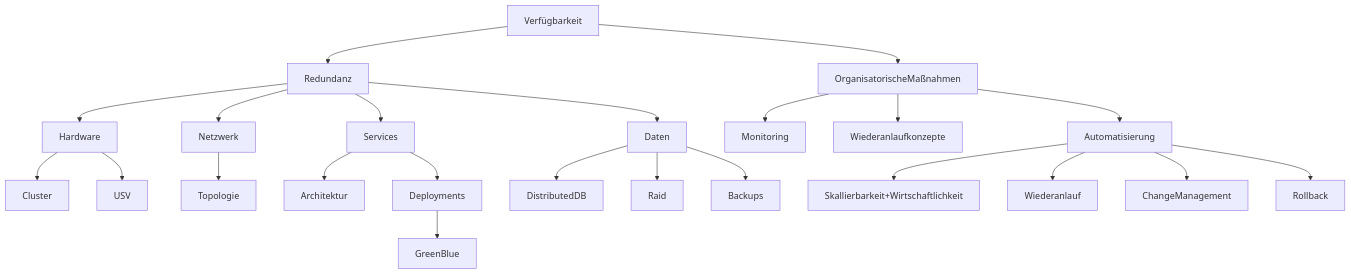
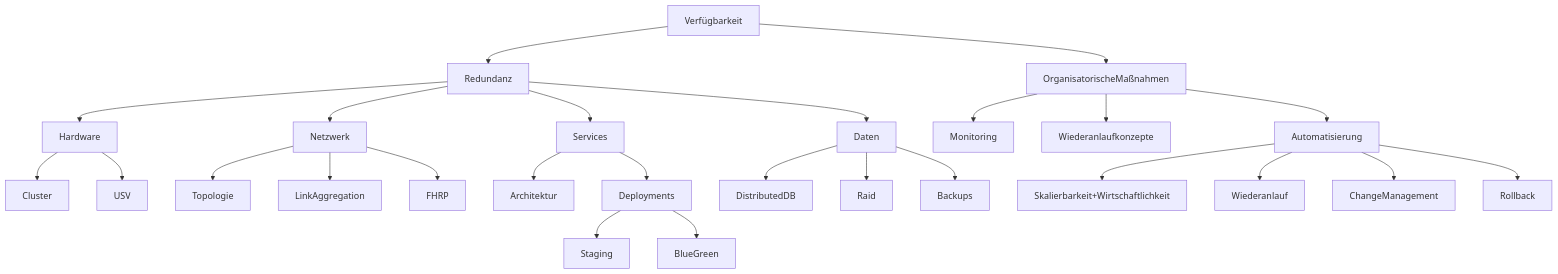
The first of 2 diagrams in src/verfuegbarkeit.md (johannesloetzsch/LF10b), drawn with Mermaid before and after one commit. The commit also changed other lines of this file and 9 other files, not shown here.

````diff
--- a/src/verfuegbarkeit.md
+++ b/src/verfuegbarkeit.md
@@ -3,24 +5,27 @@
 ```mermaid
 flowchart TB
   Verfügbarkeit --> Redundanz
   Redundanz --> Hardware
   Hardware --> Cluster
   Hardware --> USV
   Redundanz --> Netzwerk --> Topologie
+  Netzwerk --> LinkAggregation
+  Netzwerk --> FHRP
   Redundanz --> Services
   Services --> Architektur
-  Services --> Deployments --> GreenBlue
+  Services --> Deployments --> Staging
+  Deployments --> BlueGreen
   Redundanz --> Daten
   Daten --> DistributedDB
   Daten --> Raid
   Daten --> Backups
   Verfügbarkeit --> OrganisatorischeMaßnahmen
   OrganisatorischeMaßnahmen --> Monitoring
   OrganisatorischeMaßnahmen --> Wiederanlaufkonzepte
   OrganisatorischeMaßnahmen --> Automatisierung
-  Automatisierung --> Skallierbarkeit+Wirtschaftlichkeit
-  Skallierbarkeit+Wirtschaftlichkeit
+  Automatisierung --> Skalierbarkeit+Wirtschaftlichkeit
+  Skalierbarkeit+Wirtschaftlichkeit
   Automatisierung --> Wiederanlauf
   Automatisierung --> ChangeManagement
   Automatisierung --> Rollback
 ```
````
